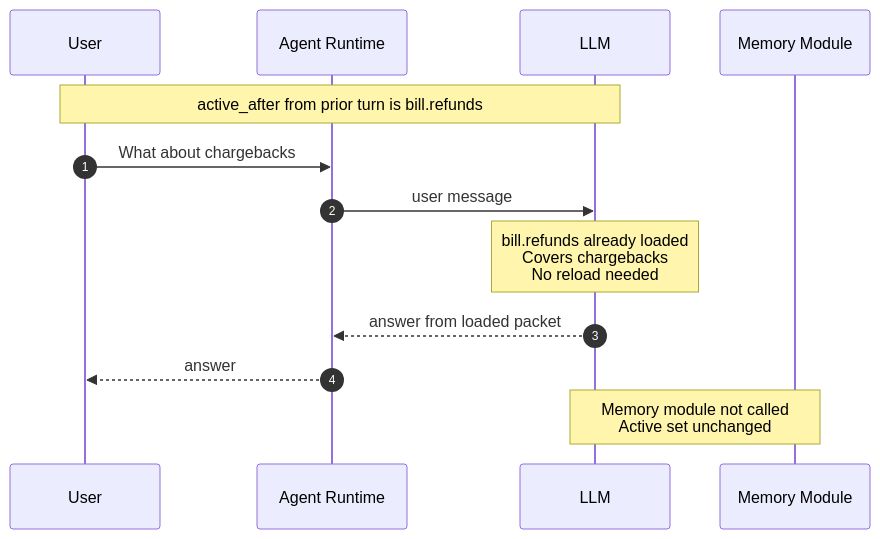
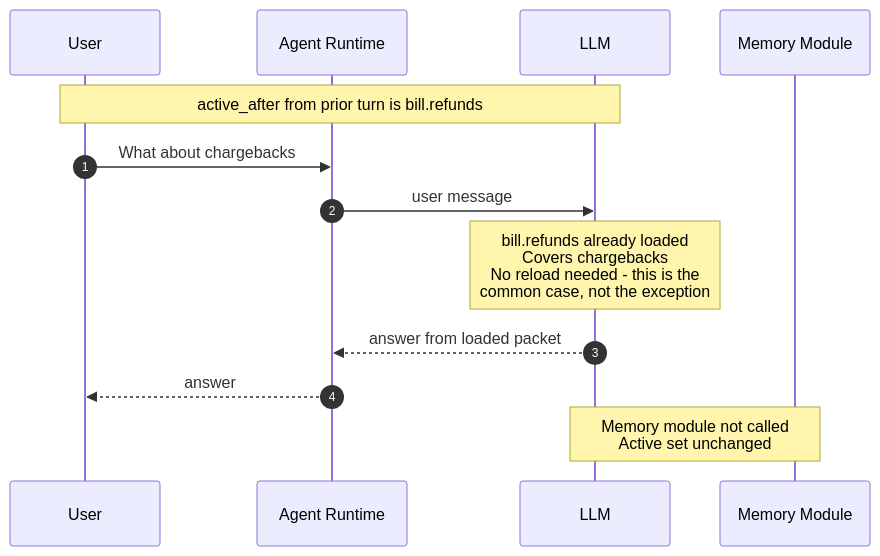
The third of 16 diagrams in DESIGN.md (shishircc/hcag), drawn with Mermaid before and after one commit. The commit also changed other lines of this file and 32 other files, not shown here.

````diff
--- a/DESIGN.md
+++ b/DESIGN.md
@@ -885,18 +995,18 @@
 ```mermaid
 sequenceDiagram
     autonumber
     participant U as User
     participant R as Agent Runtime
     participant L as LLM
     participant M as Memory Module
 
     Note over U,L: active_after from prior turn is bill.refunds
 
     U->>R: What about chargebacks
     R->>L: user message
-    Note over L: bill.refunds already loaded<br/>Covers chargebacks<br/>No reload needed
+    Note over L: bill.refunds already loaded<br/>Covers chargebacks<br/>No reload needed - this is the<br/>common case, not the exception
     L-->>R: answer from loaded packet
     R-->>U: answer
 
     Note over L,M: Memory module not called<br/>Active set unchanged
 ```
````
